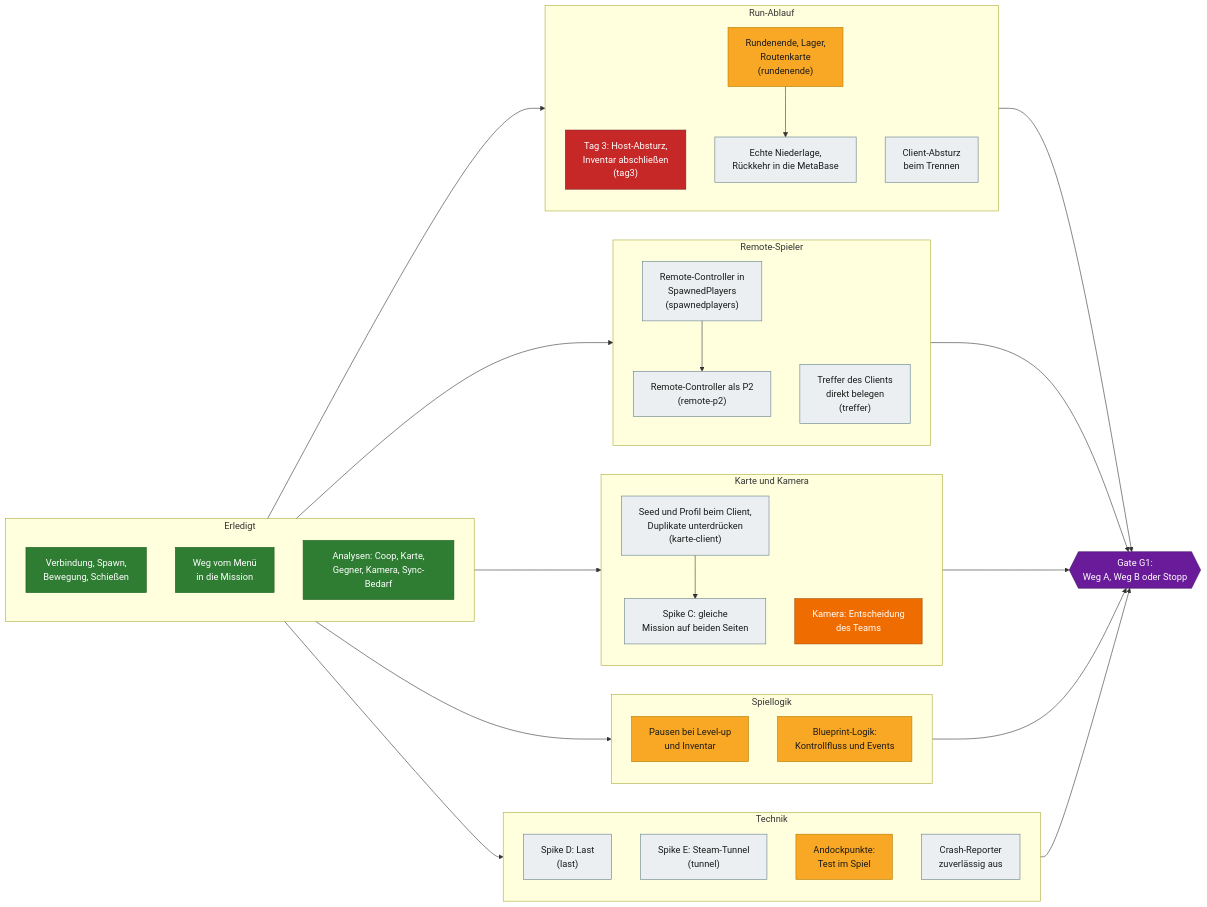
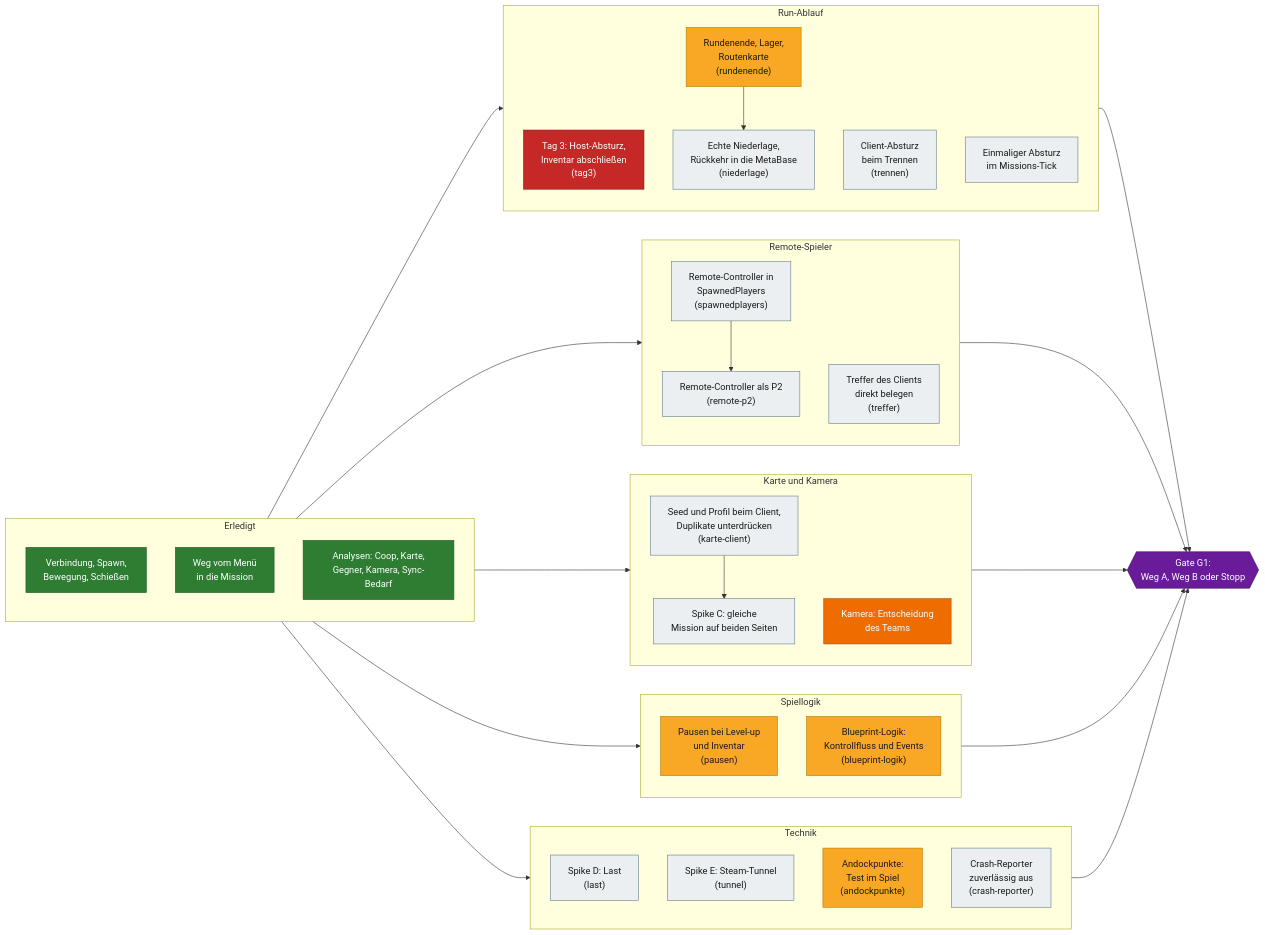
Before and after one commit to VitaminStack/Deadly-Days-Roadtrip-Multiplayer-Mod: the second of 3 diagrams in docs/ROADMAP.md, drawn with Mermaid. The commit also changed other lines of this file and 4 other files, not shown here.

````diff
--- a/docs/ROADMAP.md
+++ b/docs/ROADMAP.md
@@ -40,63 +72,64 @@
 ```mermaid
 flowchart LR
     subgraph BASIS["Erledigt"]
         A1["Verbindung, Spawn,<br/>Bewegung, Schießen"]:::done
         A2["Weg vom Menü<br/>in die Mission"]:::done
         A3["Analysen: Coop, Karte,<br/>Gegner, Kamera, Sync-Bedarf"]:::done
     end
 
     subgraph RUN["Run-Ablauf"]
         T3["Tag 3: Host-Absturz,<br/>Inventar abschließen<br/>(tag3)"]:::blocker
         RE["Rundenende, Lager,<br/>Routenkarte<br/>(rundenende)"]:::wip
-        NI["Echte Niederlage,<br/>Rückkehr in die MetaBase"]:::open
-        TR["Client-Absturz<br/>beim Trennen"]:::open
+        NI["Echte Niederlage,<br/>Rückkehr in die MetaBase<br/>(niederlage)"]:::open
+        TR["Client-Absturz<br/>beim Trennen<br/>(trennen)"]:::open
+        MT["Einmaliger Absturz<br/>im Missions-Tick"]:::open
         RE --> NI
     end
 
     subgraph SPIELER["Remote-Spieler"]
         SP["Remote-Controller in<br/>SpawnedPlayers<br/>(spawnedplayers)"]:::open
         RP["Remote-Controller als P2<br/>(remote-p2)"]:::open
         TF["Treffer des Clients<br/>direkt belegen<br/>(treffer)"]:::open
         SP --> RP
     end
 
     subgraph WELT["Karte und Kamera"]
         KC["Seed und Profil beim Client,<br/>Duplikate unterdrücken<br/>(karte-client)"]:::open
         SC["Spike C: gleiche<br/>Mission auf beiden Seiten"]:::open
         KE["Kamera: Entscheidung<br/>des Teams"]:::decision
         KC --> SC
     end
 
     subgraph LOGIK["Spiellogik"]
-        PA["Pausen bei Level-up<br/>und Inventar"]:::wip
-        BP["Blueprint-Logik:<br/>Kontrollfluss und Events"]:::wip
+        PA["Pausen bei Level-up<br/>und Inventar<br/>(pausen)"]:::wip
+        BP["Blueprint-Logik:<br/>Kontrollfluss und Events<br/>(blueprint-logik)"]:::wip
     end
 
     subgraph TECHNIK["Technik"]
         LA["Spike D: Last<br/>(last)"]:::open
         TU["Spike E: Steam-Tunnel<br/>(tunnel)"]:::open
-        AP["Andockpunkte:<br/>Test im Spiel"]:::wip
-        CR["Crash-Reporter<br/>zuverlässig aus"]:::open
+        AP["Andockpunkte:<br/>Test im Spiel<br/>(andockpunkte)"]:::wip
+        CR["Crash-Reporter<br/>zuverlässig aus<br/>(crash-reporter)"]:::open
     end
 
     BASIS --> RUN
     BASIS --> SPIELER
     BASIS --> WELT
     BASIS --> LOGIK
     BASIS --> TECHNIK
 
     RUN --> G1
     SPIELER --> G1
     WELT --> G1
     LOGIK --> G1
     TECHNIK --> G1
 
     G1{{"Gate G1:<br/>Weg A, Weg B oder Stopp"}}:::gate
 
     classDef done fill:#2e7d32,stroke:#1b5e20,color:#ffffff
     classDef wip fill:#f9a825,stroke:#b27a00,color:#1a1a1a
     classDef open fill:#eceff1,stroke:#607d8b,color:#1a1a1a
     classDef blocker fill:#c62828,stroke:#7f1d1d,color:#ffffff
     classDef decision fill:#ef6c00,stroke:#a34800,color:#ffffff
     classDef gate fill:#6a1b9a,stroke:#3e1163,color:#ffffff
 ```
````
